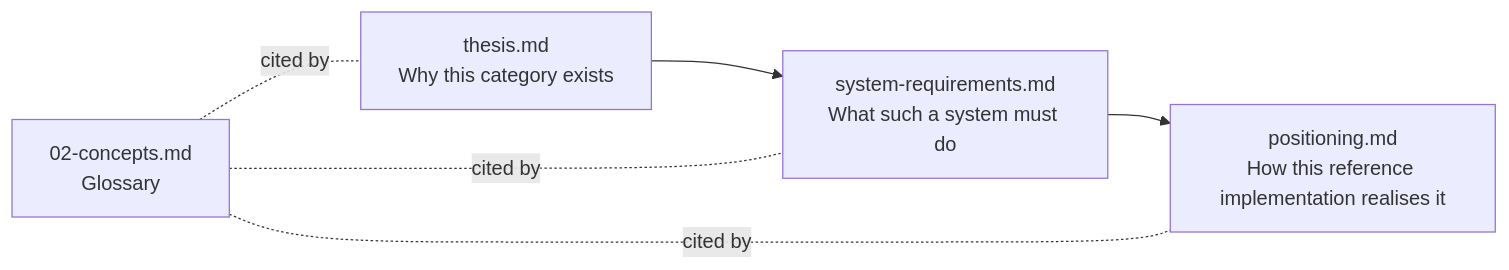
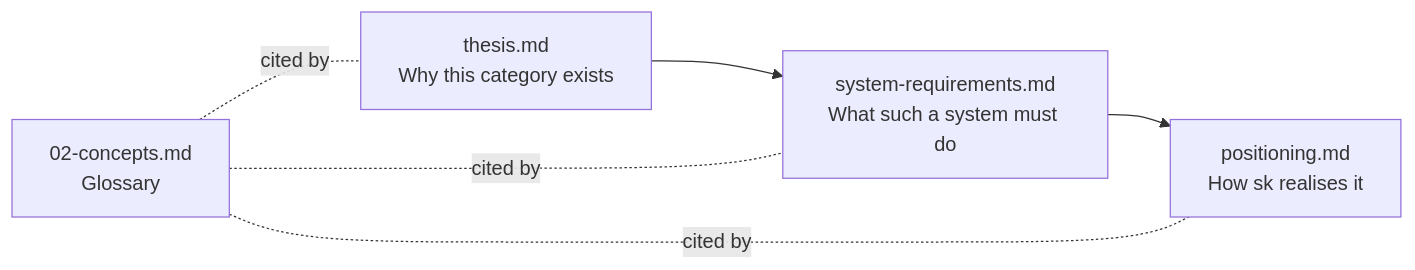
Before and after one commit to MikeBild/subkit: the diagram in README.md, drawn with Mermaid. The commit also changed other lines of this file and 412 other files, not shown here.

````diff
--- a/README.md
+++ b/README.md
@@ -29,12 +29,12 @@
 ```mermaid
 flowchart LR
     Thesis["thesis.md<br/>Why this category exists"]
     Reqs["system-requirements.md<br/>What such a system must do"]
-    Pos["positioning.md<br/>How this reference implementation realises it"]
+    Pos["positioning.md<br/>How sk realises it"]
     Concepts["02-concepts.md<br/>Glossary"]
 
     Thesis --> Reqs --> Pos
     Concepts -. cited by .- Thesis
     Concepts -. cited by .- Reqs
     Concepts -. cited by .- Pos
 ```
````
